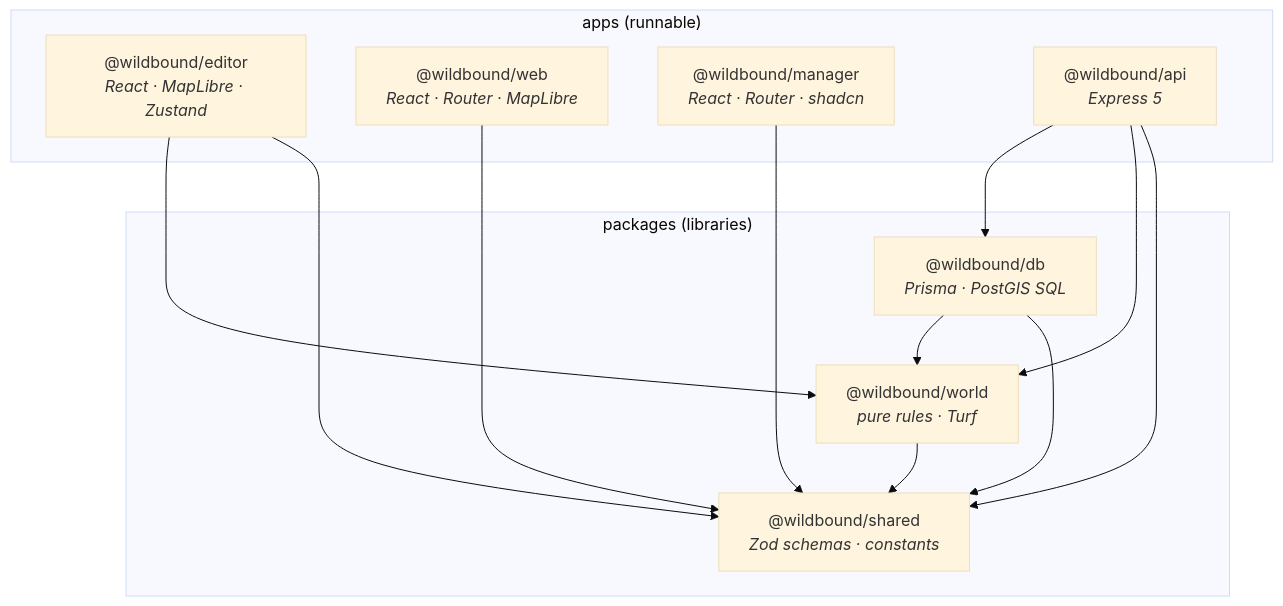
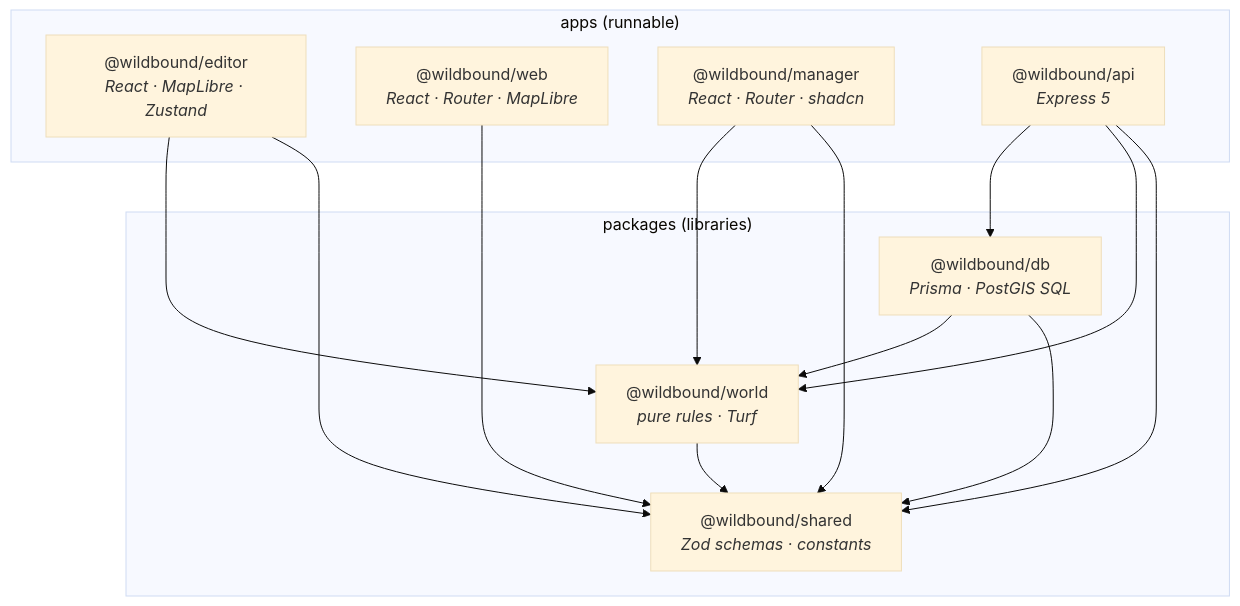
One commit to samceracas/wildbound changed the first of 7 diagrams in docs/01-architecture.md. Above: the diagram before and after it, drawn with Mermaid (base theme). The commit also changed other lines of this file and 6 other files, not shown here.

````diff
--- a/docs/01-architecture.md
+++ b/docs/01-architecture.md
@@ -56,24 +58,25 @@
 ```mermaid
 flowchart TB
     subgraph apps["apps (runnable)"]
         editor["@wildbound/editor<br/><i>React · MapLibre · Zustand</i>"]
         web["@wildbound/web<br/><i>React · Router · MapLibre</i>"]
         manager["@wildbound/manager<br/><i>React · Router · shadcn</i>"]
         api["@wildbound/api<br/><i>Express 5</i>"]
     end
     subgraph packages["packages (libraries)"]
         db["@wildbound/db<br/><i>Prisma · PostGIS SQL</i>"]
         world["@wildbound/world<br/><i>pure rules · Turf</i>"]
         shared["@wildbound/shared<br/><i>Zod schemas · constants</i>"]
     end
     editor --> world
     editor --> shared
     web --> shared
+    manager --> world
     manager --> shared
     api --> db
     api --> world
     api --> shared
     db --> world
     db --> shared
     world --> shared
 ```
````
